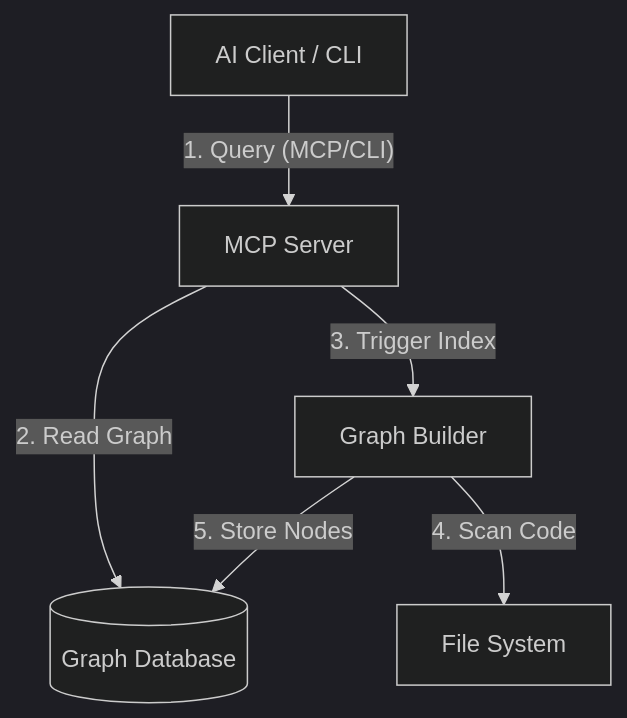
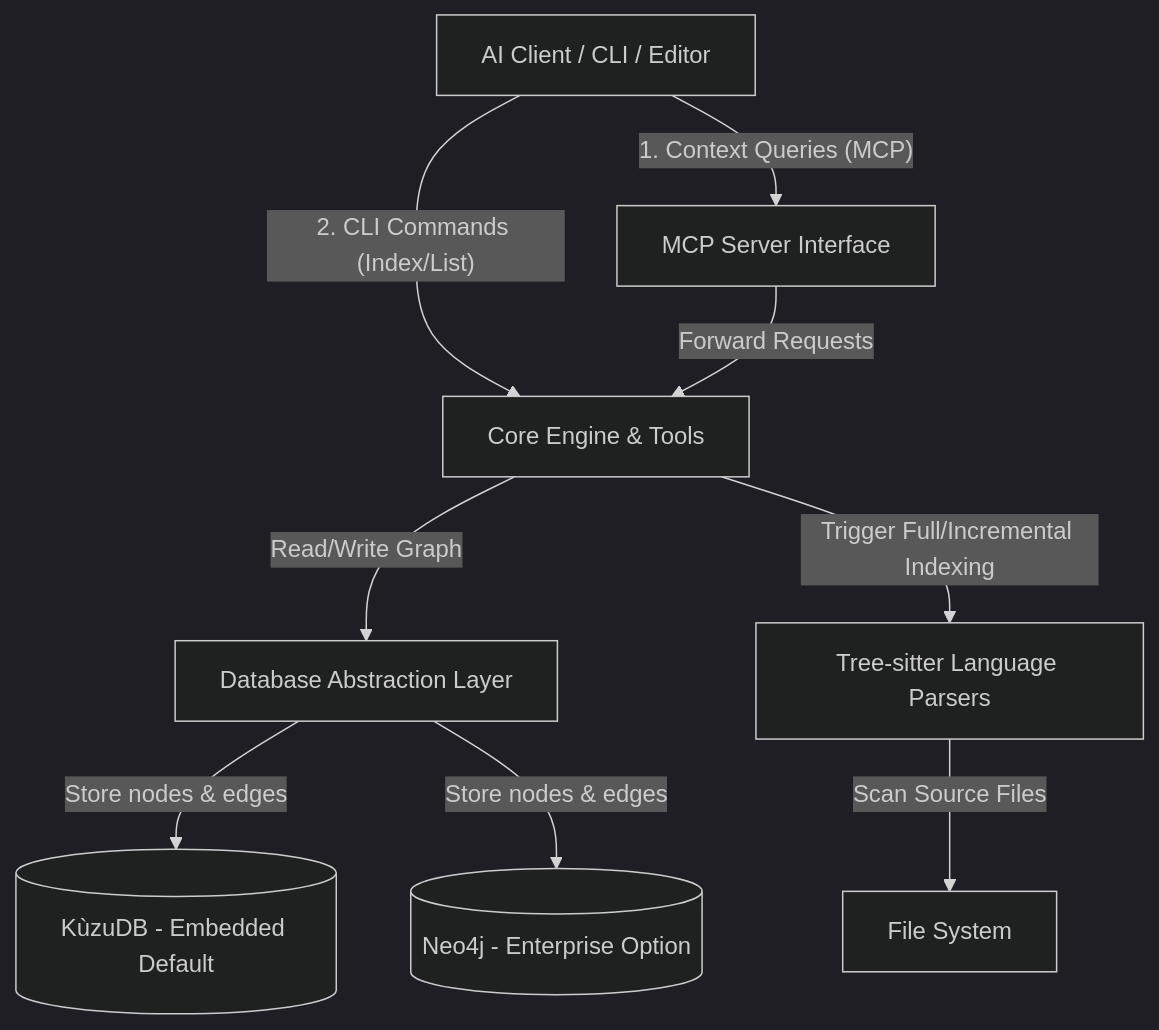
Before and after one commit to AusAgentSmith/CodeGraphContext-rs: the diagram in docs/docs/architecture.md, drawn with Mermaid (dark theme). The commit also changed other lines of this file and 48 other files, not shown here.

````diff
--- a/docs/docs/architecture.md
+++ b/docs/docs/architecture.md
@@ -9,14 +9,20 @@
 ```mermaid
 graph TD
-    Client[AI Client / CLI]
-    Server[MCP Server]
-    Graph[Graph Builder]
-    DB[(Graph Database)]
+    Client[AI Client / CLI / Editor]
+    Server[MCP Server Interface]
+    CoreEngine[Core Engine & Tools]
+    ParserLayer[Tree-sitter Language Parsers]
+    DBLayer[Database Abstraction Layer]
+    KuzuDB[(KùzuDB - Embedded Default)]
+    Neo4j[(Neo4j - Enterprise Option)]
     FS[File System]
 
-    Client -- "1. Query (MCP/CLI)" --> Server
-    Server -- "2. Read Graph" --> DB
-    Server -- "3. Trigger Index" --> Graph
-    Graph -- "4. Scan Code" --> FS
-    Graph -- "5. Store Nodes" --> DB
+    Client -- "1. Context Queries (MCP)" --> Server
+    Client -- "2. CLI Commands (Index/List)" --> CoreEngine
+    Server -- "Forward Requests" --> CoreEngine
+    CoreEngine -- "Read/Write Graph" --> DBLayer
+    CoreEngine -- "Trigger Full/Incremental Indexing" --> ParserLayer
+    ParserLayer -- "Scan Source Files" --> FS
+    DBLayer -- "Store nodes & edges" --> KuzuDB
+    DBLayer -- "Store nodes & edges" --> Neo4j
 ```
````
